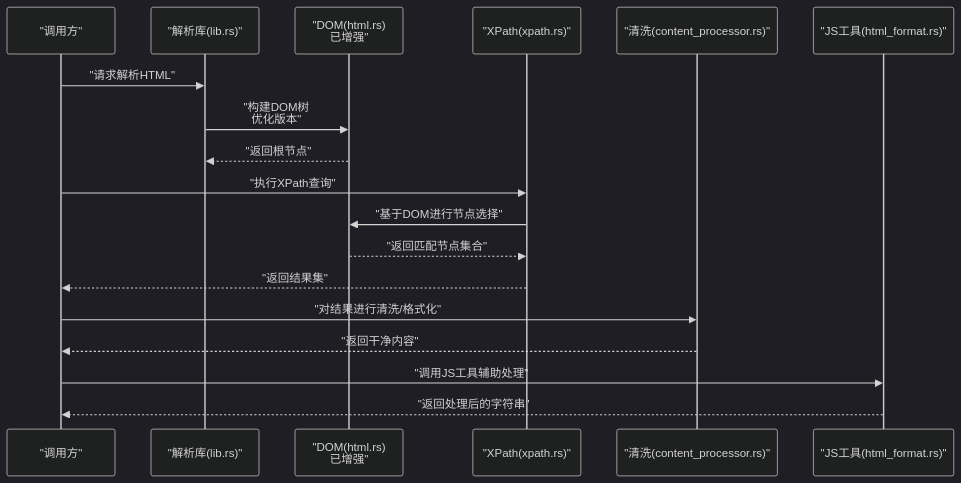
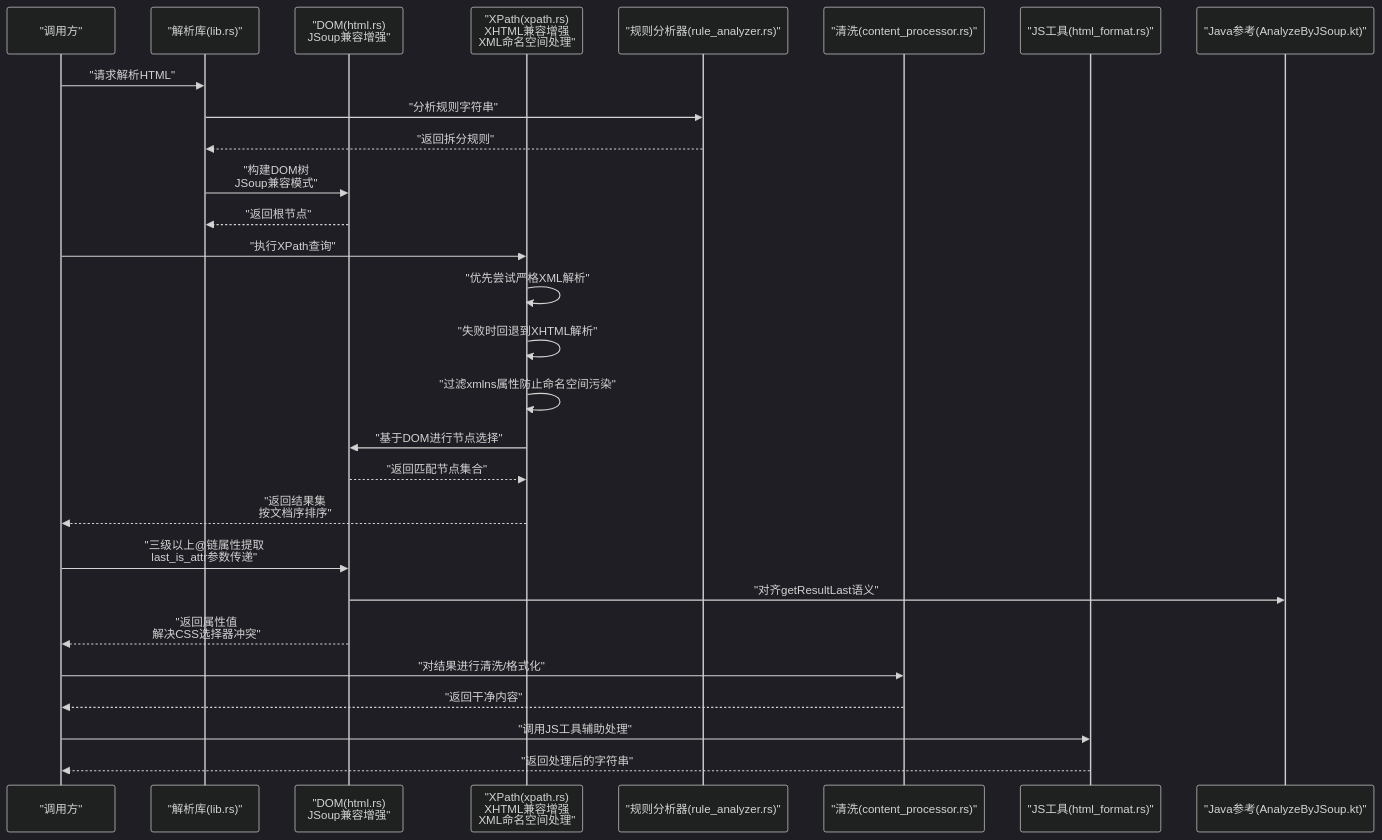
The second of 9 diagrams in .qoder/repowiki/zh/content/Rust核心库/解析引擎/HTML解析器.md (ZhangGHGitHub/LegadoTeamFlutter), drawn with Mermaid (dark theme) before and after one commit. The commit also changed other lines of this file and 173 other files, not shown here.

````diff
--- a/.qoder/repowiki/zh/content/Rust核心库/解析引擎/HTML解析器.md
+++ b/.qoder/repowiki/zh/content/Rust核心库/解析引擎/HTML解析器.md
@@ -98,20 +118,30 @@
 ```mermaid
 sequenceDiagram
 participant U as "调用方"
 participant P as "解析库(lib.rs)"
-participant D as "DOM(html.rs)<br/>已增强"
-participant Q as "XPath(xpath.rs)"
+participant D as "DOM(html.rs)<br/>JSoup兼容增强"
+participant Q as "XPath(xpath.rs)<br/>XHTML兼容增强<br/>XML命名空间处理"
+participant R as "规则分析器(rule_analyzer.rs)"
 participant CL as "清洗(content_processor.rs)"
 participant F as "JS工具(html_format.rs)"
+participant K as "Java参考(AnalyzeByJSoup.kt)"
 U->>P : "请求解析HTML"
-P->>D : "构建DOM树<br/>优化版本"
+P->>R : "分析规则字符串"
+R-->>P : "返回拆分规则"
+P->>D : "构建DOM树<br/>JSoup兼容模式"
 D-->>P : "返回根节点"
 U->>Q : "执行XPath查询"
+Q->>Q : "优先尝试严格XML解析"
+Q->>Q : "失败时回退到XHTML解析"
+Q->>Q : "过滤xmlns属性防止命名空间污染"
 Q->>D : "基于DOM进行节点选择"
 D-->>Q : "返回匹配节点集合"
-Q-->>U : "返回结果集"
+Q-->>U : "返回结果集<br/>按文档序排序"
+U->>D : "三级以上@链属性提取<br/>last_is_attr参数传递"
+D->>K : "对齐getResultLast语义"
+D-->>U : "返回属性值<br/>解决CSS选择器冲突"
 U->>CL : "对结果进行清洗/格式化"
 CL-->>U : "返回干净内容"
 U->>F : "调用JS工具辅助处理"
 F-->>U : "返回处理后的字符串"
 ```
````
